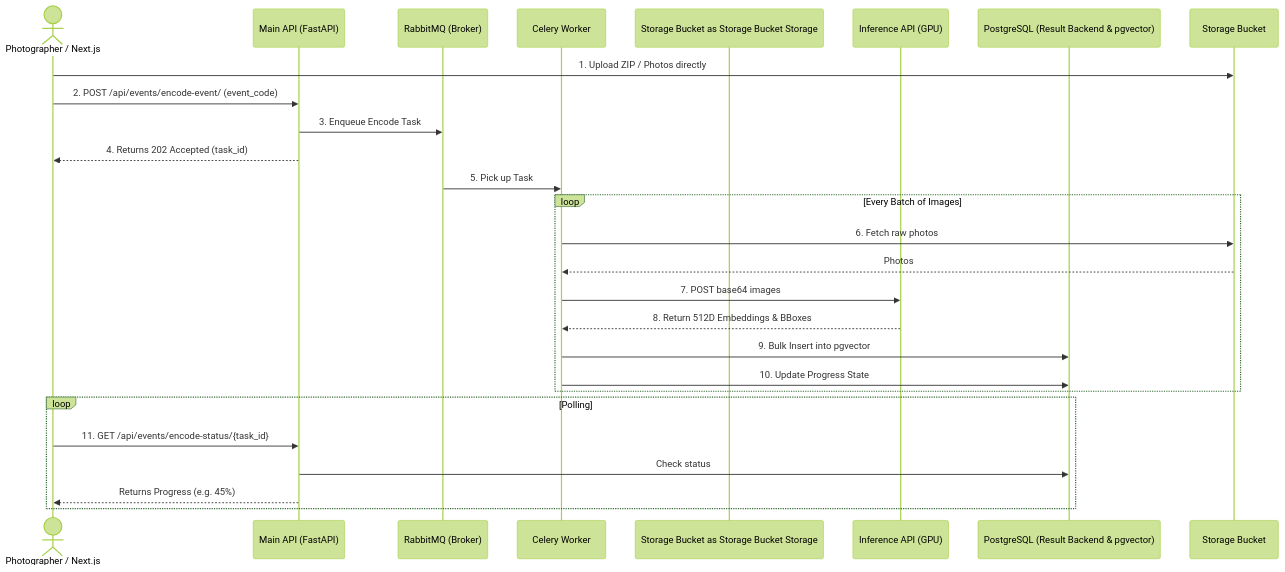
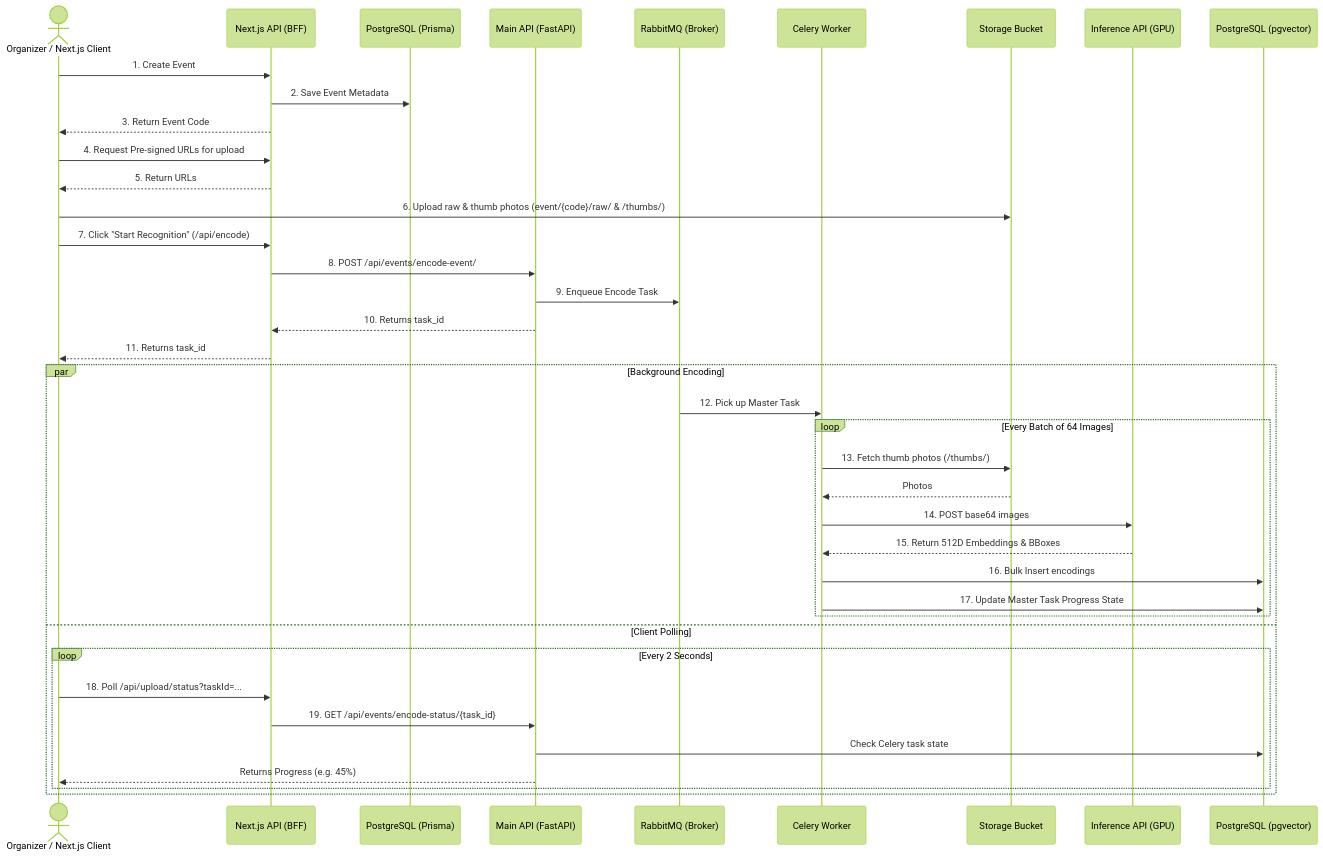
One commit to Avneesh11905/EventSnapAPI changed the first of 5 diagrams in workflows.md. Above: the diagram before and after it, drawn with Mermaid (forest theme). The commit also changed other lines of this file and 12 other files, not shown here.

````diff
--- a/workflows.md
+++ b/workflows.md
@@ -9,32 +9,45 @@
 ```mermaid
 sequenceDiagram
-    actor User as Photographer / Next.js
-    participant API as Main API (FastAPI)
+    actor Organizer as Organizer / Next.js Client
+    participant NextAPI as Next.js API (BFF)
+    participant Prisma as PostgreSQL (Prisma)
+    participant FastAPI as Main API (FastAPI)
     participant RMQ as RabbitMQ (Broker)
     participant Worker as Celery Worker
-    participant Storage Bucket as Storage Bucket Storage
+    participant Storage as Storage Bucket
     participant GPU as Inference API (GPU)
-    participant DB as PostgreSQL (Result Backend & pgvector)
+    participant PGVector as PostgreSQL (pgvector)
 
-    User->>Storage Bucket: 1. Upload ZIP / Photos directly
-    User->>API: 2. POST /api/events/encode-event/ (event_code)
-    API->>RMQ: 3. Enqueue Encode Task
-    API-->>User: 4. Returns 202 Accepted (task_id)
+    Organizer->>NextAPI: 1. Create Event
+    NextAPI->>Prisma: 2. Save Event Metadata
+    NextAPI-->>Organizer: 3. Return Event Code
 
-    RMQ->>Worker: 5. Pick up Task
+    Organizer->>NextAPI: 4. Request Pre-signed URLs for upload
+    NextAPI-->>Organizer: 5. Return URLs
+    Organizer->>Storage: 6. Upload raw & thumb photos (event/{code}/raw/ & /thumbs/)
 
-    loop Every Batch of Images
-        Worker->>Storage Bucket: 6. Fetch raw photos
-        Storage Bucket-->>Worker: Photos
-        Worker->>GPU: 7. POST base64 images
-        GPU-->>Worker: 8. Return 512D Embeddings & BBoxes
-        Worker->>DB: 9. Bulk Insert into pgvector
-        Worker->>DB: 10. Update Progress State
-    end
+    Organizer->>NextAPI: 7. Click "Start Recognition" (/api/encode)
+    NextAPI->>FastAPI: 8. POST /api/events/encode-event/
+    FastAPI->>RMQ: 9. Enqueue Encode Task
+    FastAPI-->>NextAPI: 10. Returns task_id
+    NextAPI-->>Organizer: 11. Returns task_id
 
-    loop Polling
-        User->>API: 11. GET /api/events/encode-status/{task_id}
-        API->>DB: Check status
-        API-->>User: Returns Progress (e.g. 45%)
+    par Background Encoding
+        RMQ->>Worker: 12. Pick up Master Task
+        loop Every Batch of 64 Images
+            Worker->>Storage: 13. Fetch thumb photos (/thumbs/)
+            Storage-->>Worker: Photos
+            Worker->>GPU: 14. POST base64 images
+            GPU-->>Worker: 15. Return 512D Embeddings & BBoxes
+            Worker->>PGVector: 16. Bulk Insert encodings
+            Worker->>PGVector: 17. Update Master Task Progress State
+        end
+    and Client Polling
+        loop Every 2 Seconds
+            Organizer->>NextAPI: 18. Poll /api/upload/status?taskId=...
+            NextAPI->>FastAPI: 19. GET /api/events/encode-status/{task_id}
+            FastAPI->>PGVector: Check Celery task state
+            FastAPI-->>Organizer: Returns Progress (e.g. 45%)
+        end
     end
 ```
````
